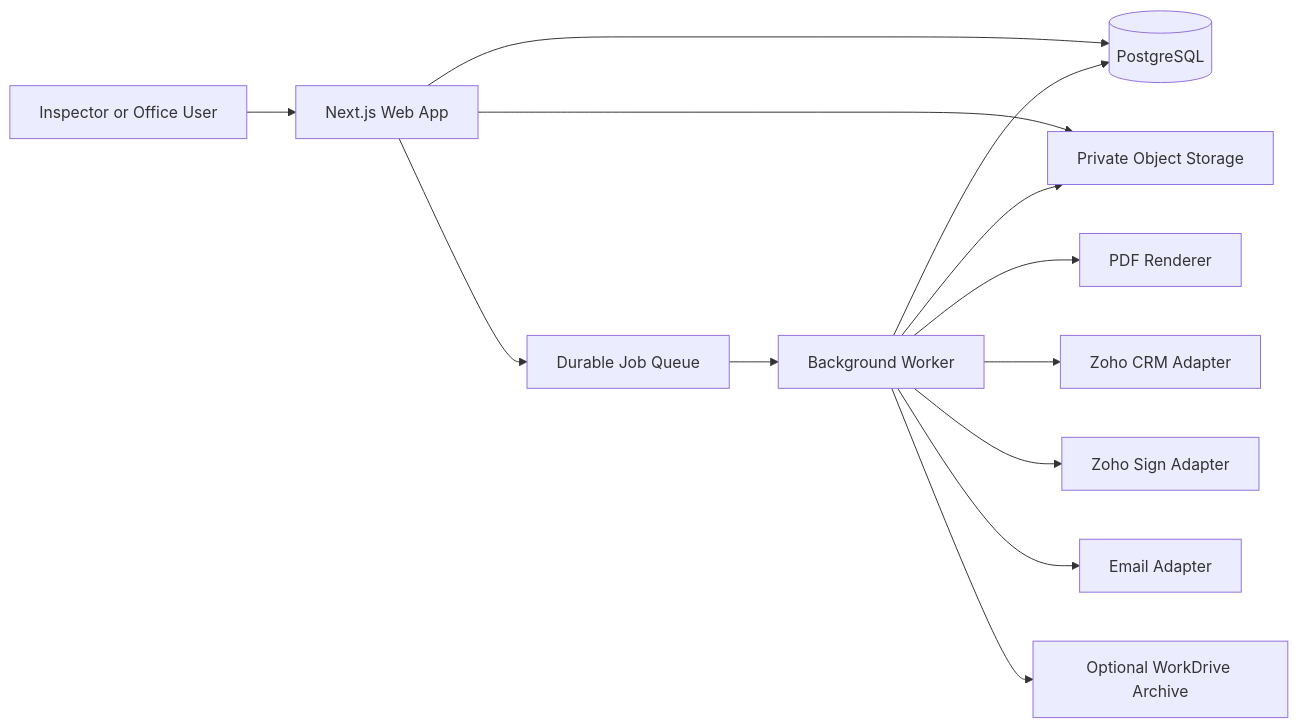
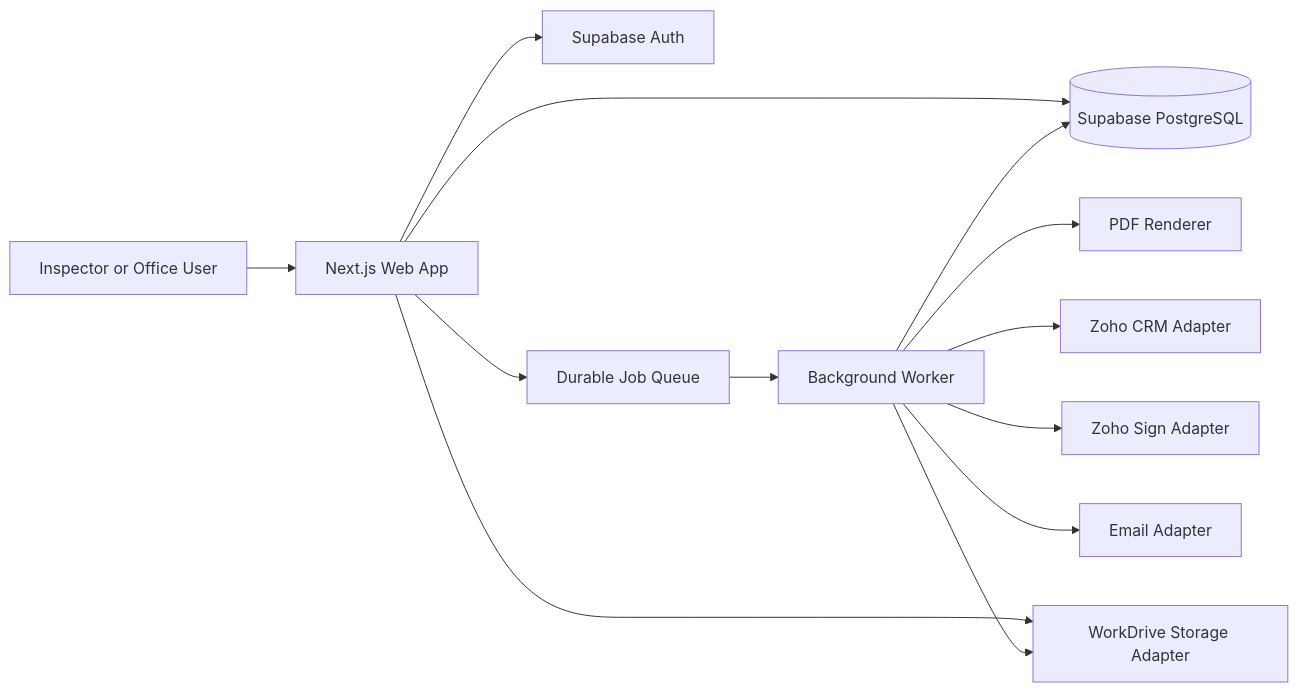
Before and after one commit to elephant-tech-labs/tig-360: the first of 2 diagrams in docs/architecture/system-blueprint.md, drawn with Mermaid. The commit also changed other lines of this file, not shown here.

Commit message:
docs: align blueprint with Supabase and WorkDrive

````diff
--- a/docs/architecture/system-blueprint.md
+++ b/docs/architecture/system-blueprint.md
@@ -13,15 +13,15 @@
 ```mermaid
 flowchart LR
   U[Inspector or Office User] --> W[Next.js Web App]
-  W --> DB[(PostgreSQL)]
-  W --> S[Private Object Storage]
+  W --> AUTH[Supabase Auth]
+  W --> DB[(Supabase PostgreSQL)]
   W --> Q[Durable Job Queue]
+  W --> WD[WorkDrive Storage Adapter]
   Q --> WK[Background Worker]
   WK --> PDF[PDF Renderer]
   WK --> CRM[Zoho CRM Adapter]
   WK --> SIGN[Zoho Sign Adapter]
   WK --> MAIL[Email Adapter]
-  WK --> WD[Optional WorkDrive Archive]
+  WK --> WD
   WK --> DB
-  WK --> S
 ```
````
